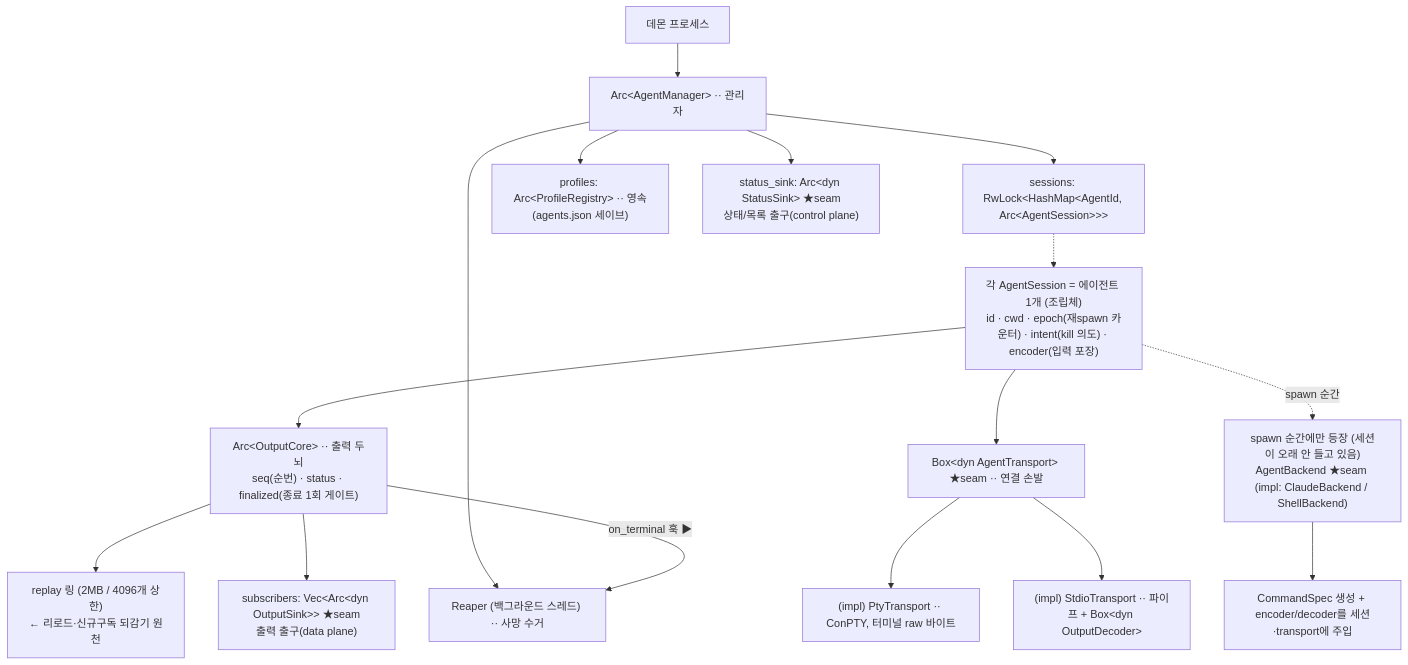
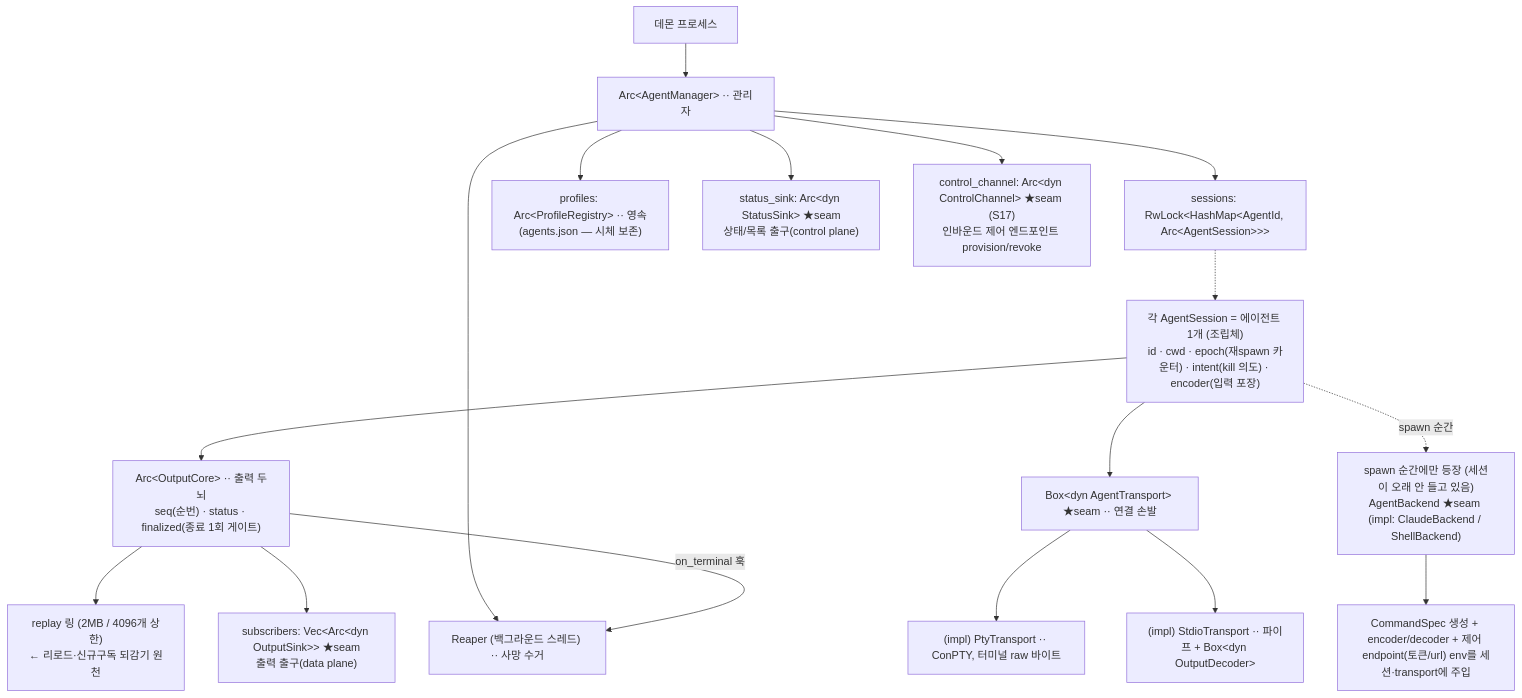
One commit to kimsunzun/engram-dashboard changed the fourth of 18 diagrams in docs/reference/architecture-overview.md. Above: the diagram before and after it, drawn with Mermaid. The commit also changed other lines of this file, not shown here.

````diff
--- a/docs/reference/architecture-overview.md
+++ b/docs/reference/architecture-overview.md
@@ -153,26 +171,27 @@
 ```mermaid
 flowchart TD
   DP["데몬 프로세스"]
   AM["Arc&lt;AgentManager&gt; ·· 관리자"]
   DP --> AM
   AM --> SES["sessions: RwLock&lt;HashMap&lt;AgentId, Arc&lt;AgentSession&gt;&gt;&gt;"]
-  AM --> PR["profiles: Arc&lt;ProfileRegistry&gt; ·· 영속(agents.json 세이브)"]
+  AM --> PR["profiles: Arc&lt;ProfileRegistry&gt; ·· 영속(agents.json — 시체 보존)"]
   AM --> SS["status_sink: Arc&lt;dyn StatusSink&gt; ★seam<br/>상태/목록 출구(control plane)"]
+  AM --> CC["control_channel: Arc&lt;dyn ControlChannel&gt; ★seam (S17)<br/>인바운드 제어 엔드포인트 provision/revoke"]
   AM --> RP["Reaper (백그라운드 스레드) ·· 사망 수거"]
 
   AS["각 AgentSession = 에이전트 1개 (조립체)<br/>id · cwd · epoch(재spawn 카운터) · intent(kill 의도) · encoder(입력 포장)"]
   SES -.-> AS
 
   AS --> OC["Arc&lt;OutputCore&gt; ·· 출력 두뇌<br/>seq(순번) · status · finalized(종료 1회 게이트)"]
   OC --> RING["replay 링 (2MB / 4096개 상한)<br/>← 리로드·신규구독 되감기 원천"]
   OC --> SUB["subscribers: Vec&lt;Arc&lt;dyn OutputSink&gt;&gt; ★seam<br/>출력 출구(data plane)"]
-  OC -->|"on_terminal 훅 ▶"| RP
+  OC -->|"on_terminal 훅"| RP
 
   AS --> TRANS["Box&lt;dyn AgentTransport&gt; ★seam ·· 연결 손발"]
   TRANS --> PTY["(impl) PtyTransport ·· ConPTY, 터미널 raw 바이트"]
   TRANS --> STDIO["(impl) StdioTransport ·· 파이프 + Box&lt;dyn OutputDecoder&gt;"]
 
   BK["spawn 순간에만 등장 (세션이 오래 안 들고 있음)<br/>AgentBackend ★seam (impl: ClaudeBackend / ShellBackend)"]
-  BK --> BKspec["CommandSpec 생성 + encoder/decoder를 세션·transport에 주입"]
+  BK --> BKspec["CommandSpec 생성 + encoder/decoder + 제어 endpoint(토큰/url) env를 세션·transport에 주입"]
   AS -.->|"spawn 순간"| BK
 ```
````
